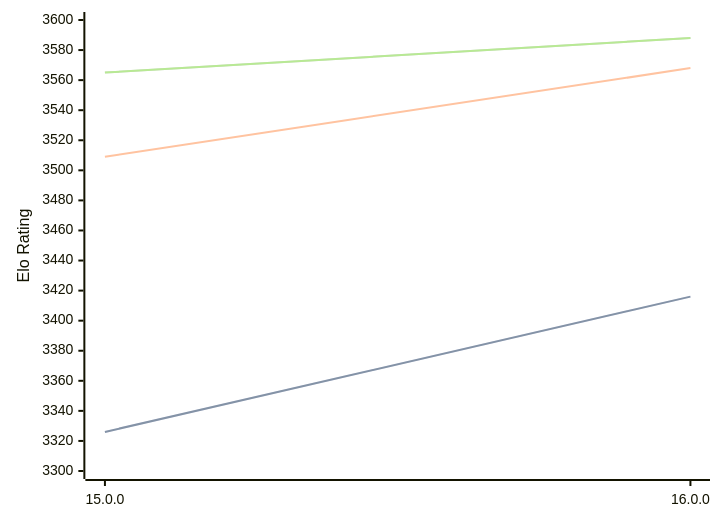
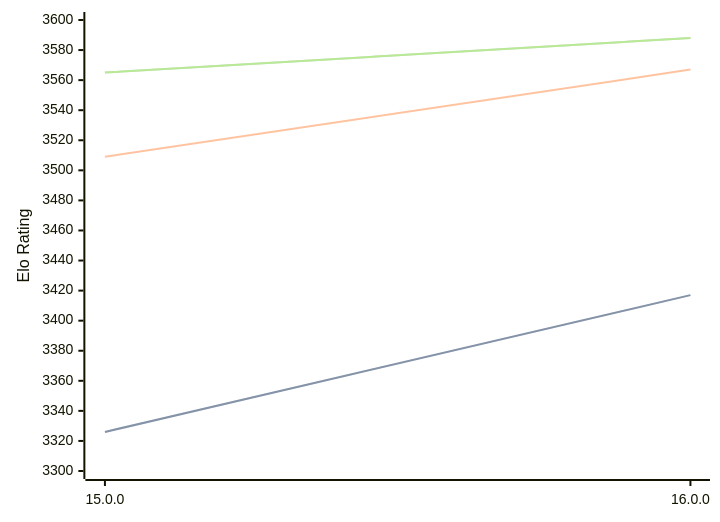
The diagram in engines/Halogen.md (computer-chess-index/cci), drawn with Mermaid before and after one commit. The commit also changed other lines of this file, not shown here.

Commit message:
Update CCI Ratings (ELO VLTC) - 2026-02-21

````diff
--- a/engines/Halogen.md
+++ b/engines/Halogen.md
@@ -47,11 +47,11 @@
 ```mermaid
 %%{init: {"theme":"base","themeVariables":{"seriesColors:['#a3a3a3','#222221','#faa371']}}}%%
 xychart-beta
   x-axis ["15.0.0", "16.0.0"]
   y-axis "Elo Rating" 3300 --> 3600
-  line "STC (8.0+0.08s)" [3326, 3416]
-  line "STC (8.0+0.08s)" [3326, 3416]
-  line "LTC (60.0+0.60s)" [3509, 3568]
+  line "STC (8.0+0.08s)" [3326, 3417]
+  line "STC (8.0+0.08s)" [3326, 3417]
+  line "LTC (60.0+0.60s)" [3509, 3567]
   line "VLTC (2m24s+1.12s)" [3565, 3588]
   line "VLTC (2m24s+1.12s)" [3565, 3588]
 ```
````
